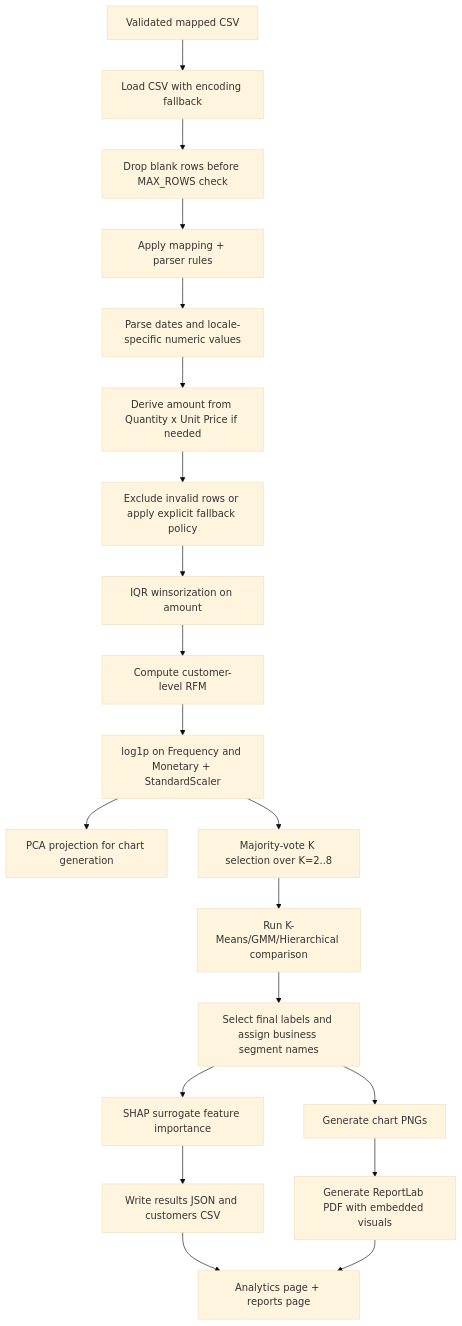
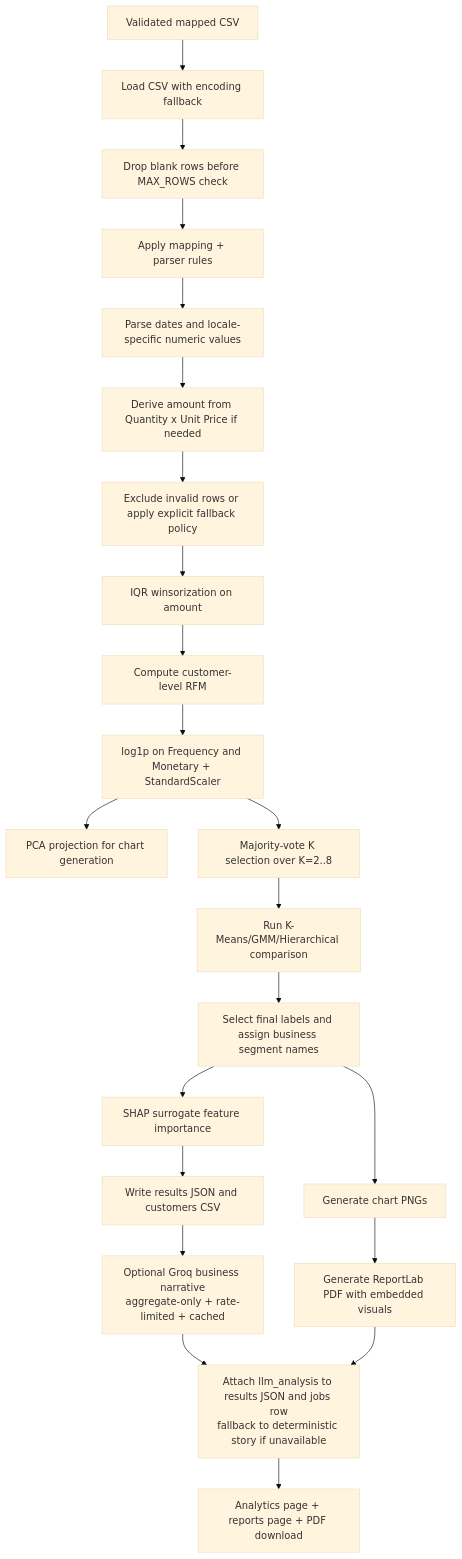
Before and after one commit to KikiOduro/Customer360: the tenth of 11 diagrams in customer360/docs/CAPSTONE_CURRENT_SYSTEM_ALIGNMENT_BY_CHAPTER.md, drawn with Mermaid (base theme). The commit also changed other lines of this file and 4 other files, not shown here.

````diff
--- a/customer360/docs/CAPSTONE_CURRENT_SYSTEM_ALIGNMENT_BY_CHAPTER.md
+++ b/customer360/docs/CAPSTONE_CURRENT_SYSTEM_ALIGNMENT_BY_CHAPTER.md
@@ -934,22 +949,24 @@
 ```mermaid
 flowchart TD
     A[Validated mapped CSV] --> B[Load CSV with encoding fallback]
     B --> C[Drop blank rows before MAX_ROWS check]
     C --> D[Apply mapping + parser rules]
     D --> E[Parse dates and locale-specific numeric values]
     E --> F[Derive amount from Quantity x Unit Price if needed]
     F --> G[Exclude invalid rows or apply explicit fallback policy]
     G --> H[IQR winsorization on amount]
     H --> I[Compute customer-level RFM]
     I --> J[log1p on Frequency and Monetary + StandardScaler]
     J --> K[PCA projection for chart generation]
     J --> L[Majority-vote K selection over K=2..8]
     L --> M[Run K-Means/GMM/Hierarchical comparison]
     M --> N[Select final labels and assign business segment names]
     N --> O[SHAP surrogate feature importance]
     N --> P[Generate chart PNGs]
     O --> Q[Write results JSON and customers CSV]
     P --> R[Generate ReportLab PDF with embedded visuals]
-    Q --> S[Analytics page + reports page]
-    R --> S
+    Q --> T[Optional Groq business narrative<br/>aggregate-only + rate-limited + cached]
+    T --> U[Attach llm_analysis to results JSON and jobs row<br/>fallback to deterministic story if unavailable]
+    R --> U
+    U --> S[Analytics page + reports page + PDF download]
 ```
````
